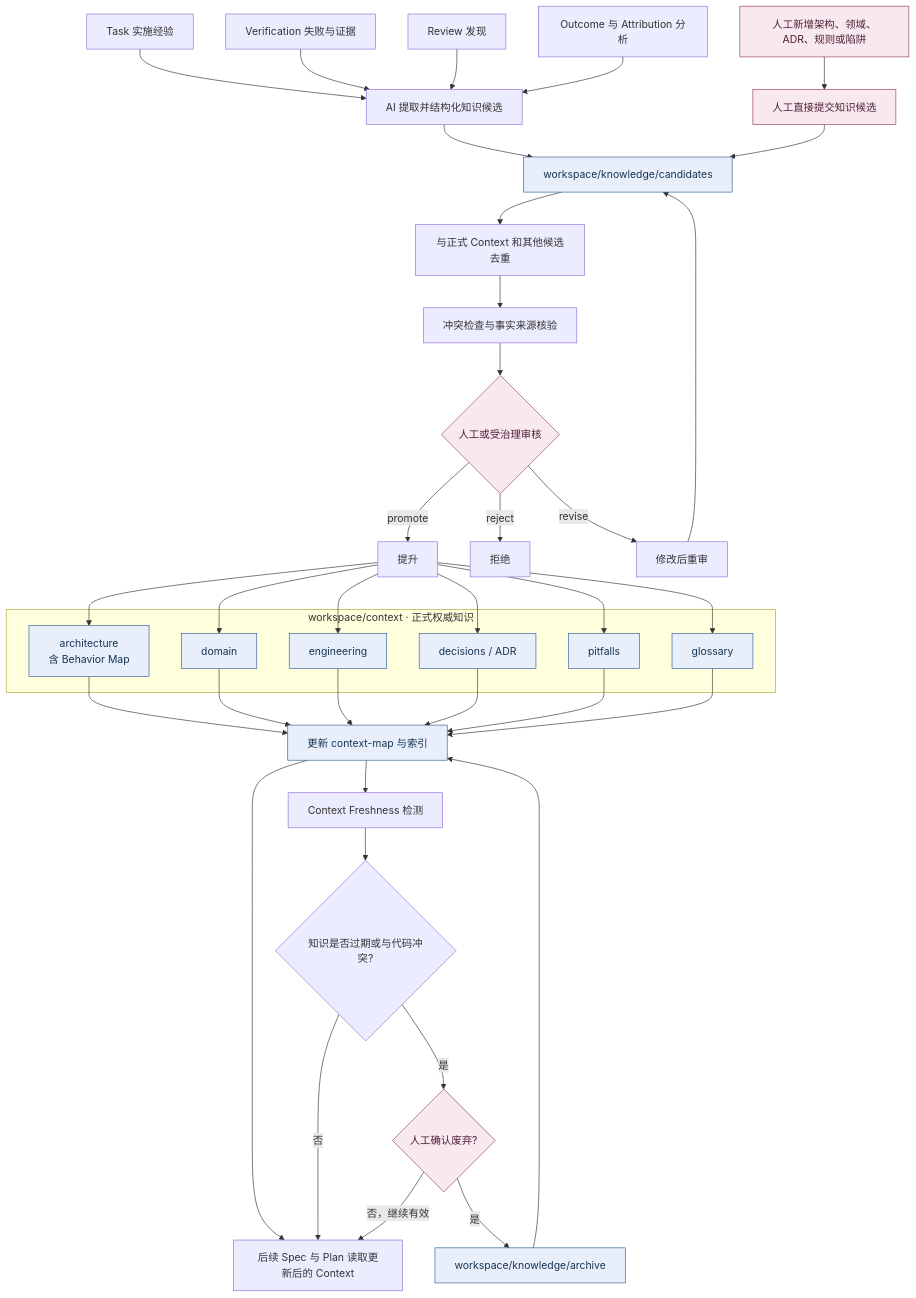
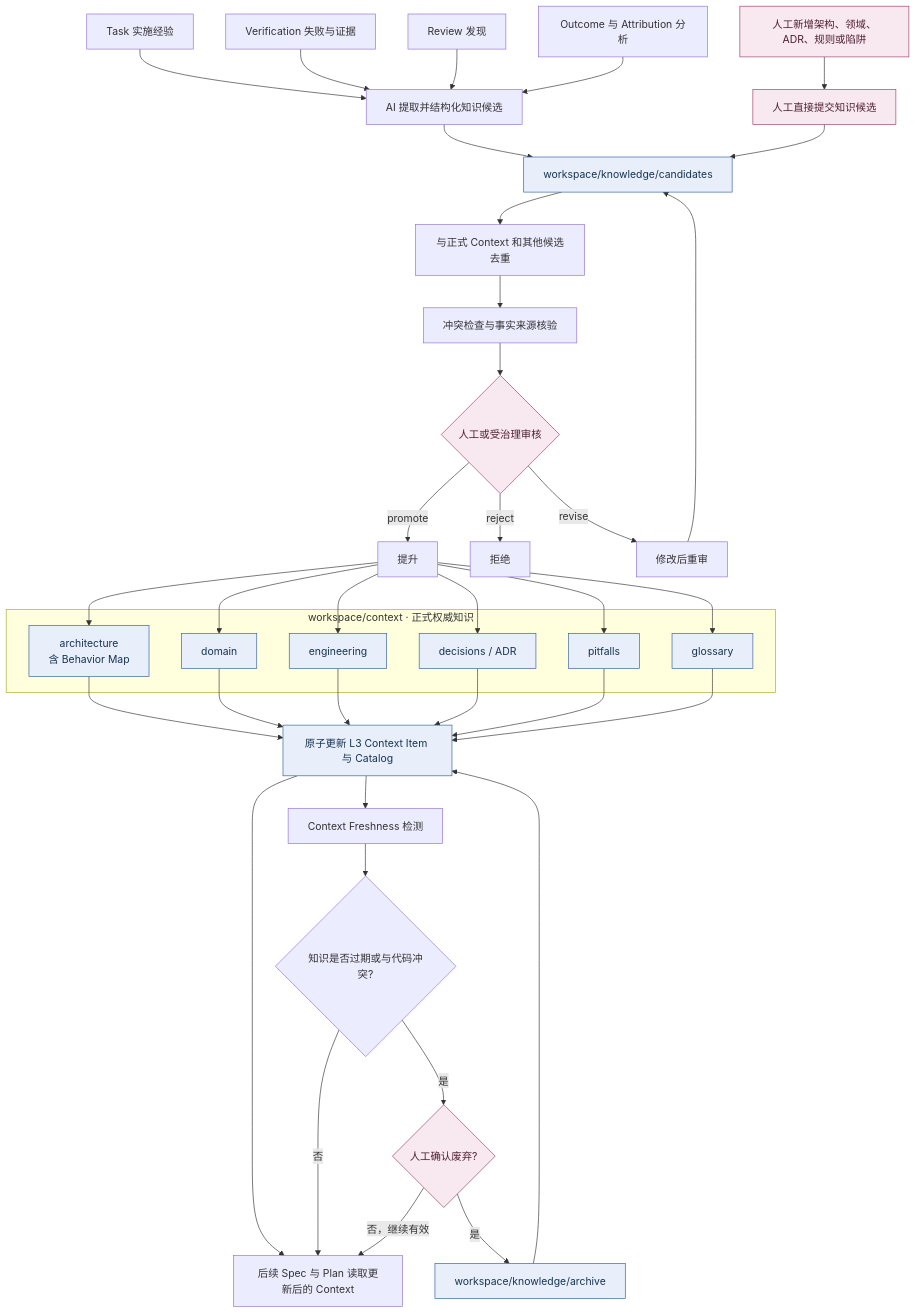
One commit to zhanyan-Ader1y/Themis changed the fourth of 7 diagrams in docs/workflow.md. Above: the diagram before and after it, drawn with Mermaid. The commit also changed other lines of this file and 20 other files, not shown here.

````diff
--- a/docs/workflow.md
+++ b/docs/workflow.md
@@ -331,70 +360,70 @@
 ```mermaid
 flowchart TD
     E1[Task 实施经验]
     E2[Verification 失败与证据]
     E3[Review 发现]
     E4[Outcome 与 Attribution 分析]
     E5[人工新增架构、领域、ADR、规则或陷阱]
 
     AI[AI 提取并结构化知识候选]
     HUMAN_DRAFT[人工直接提交知识候选]
     CAND[workspace/knowledge/candidates]
     DEDUP[与正式 Context 和其他候选去重]
     CONFLICT[冲突检查与事实来源核验]
     REVIEW{人工或受治理审核}
     PROMOTE[提升]
     REJECT[拒绝]
     REVISE[修改后重审]
 
     subgraph AUTH[workspace/context · 正式权威知识]
         ARCH[architecture<br/>含 Behavior Map]
         DOMAIN[domain]
         ENG[engineering]
         ADR[decisions / ADR]
         PIT[pitfalls]
         GLOSS[glossary]
     end
 
-    INDEX[更新 context-map 与索引]
+    INDEX[原子更新 L3 Context Item 与 Catalog]
     FRESH[Context Freshness 检测]
     STALE{知识是否过期或与代码冲突?}
     DEP_REVIEW{人工确认废弃?}
     ARCHIVE[workspace/knowledge/archive]
     NEXT[后续 Spec 与 Plan 读取更新后的 Context]
 
     E1 --> AI
     E2 --> AI
     E3 --> AI
     E4 --> AI
     AI --> CAND
     E5 --> HUMAN_DRAFT --> CAND
     CAND --> DEDUP --> CONFLICT --> REVIEW
     REVIEW -- promote --> PROMOTE
     REVIEW -- reject --> REJECT
     REVIEW -- revise --> REVISE --> CAND
 
     PROMOTE --> ARCH
     PROMOTE --> DOMAIN
     PROMOTE --> ENG
     PROMOTE --> ADR
     PROMOTE --> PIT
     PROMOTE --> GLOSS
 
     ARCH --> INDEX
     DOMAIN --> INDEX
     ENG --> INDEX
     ADR --> INDEX
     PIT --> INDEX
     GLOSS --> INDEX
     INDEX --> NEXT
     INDEX --> FRESH --> STALE
     STALE -- 否 --> NEXT
     STALE -- 是 --> DEP_REVIEW
     DEP_REVIEW -- 否，继续有效 --> NEXT
     DEP_REVIEW -- 是 --> ARCHIVE --> INDEX
 
     classDef human fill:#f8e8ef,stroke:#9d3f68,color:#4f2035;
     classDef data fill:#e8effa,stroke:#315f9b,color:#173453;
     class REVIEW,DEP_REVIEW,E5,HUMAN_DRAFT human;
     class CAND,ARCH,DOMAIN,ENG,ADR,PIT,GLOSS,ARCHIVE,INDEX data;
 ```
````
